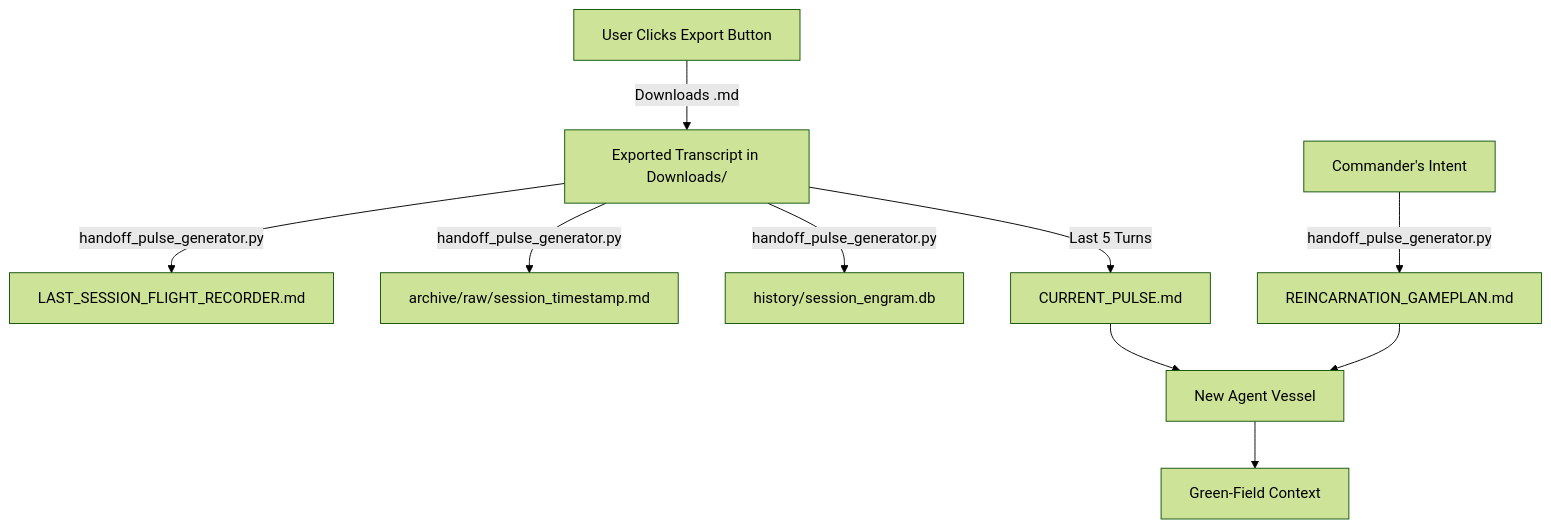
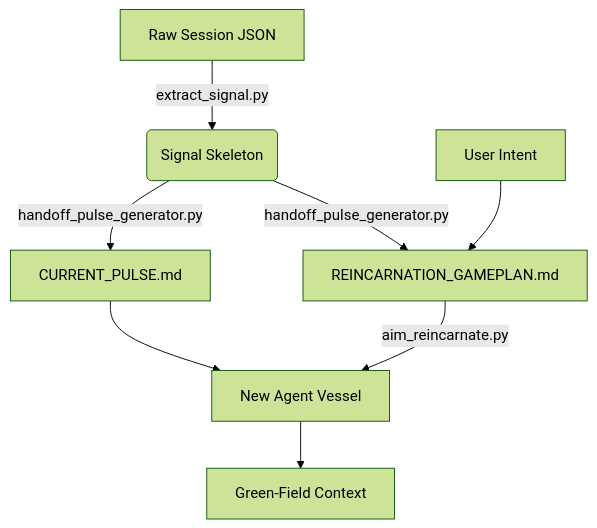
The diagram in antigravity.wiki/Reincarnation-Map.md (BrianV1981/aim-antigravity), drawn with Mermaid (forest theme) before and after one commit. The commit also changed other lines of this file and 44 other files, not shown here.

````diff
--- a/antigravity.wiki/Reincarnation-Map.md
+++ b/antigravity.wiki/Reincarnation-Map.md
@@ -56,12 +49,10 @@
 ```mermaid
 graph TD
-    A[User Clicks Export Button] -->|Downloads .md| B[Exported Transcript in Downloads/]
-    B -->|handoff_pulse_generator.py| C[LAST_SESSION_FLIGHT_RECORDER.md]
-    B -->|handoff_pulse_generator.py| D[archive/raw/session_timestamp.md]
-    B -->|handoff_pulse_generator.py| E[history/session_engram.db]
-    B -->|Last 5 Turns| F[CURRENT_PULSE.md]
-    G[Commander's Intent] -->|handoff_pulse_generator.py| H[REINCARNATION_GAMEPLAN.md]
-    H --> I[New Agent Vessel]
-    F --> I
-    I --> J[Green-Field Context]
+    A[Raw Session JSON] -->|extract_signal.py| B(Signal Skeleton)
+    B -->|handoff_pulse_generator.py| C[REINCARNATION_GAMEPLAN.md]
+    B -->|handoff_pulse_generator.py| D[CURRENT_PULSE.md]
+    E[User Intent] --> C
+    C -->|aim_reincarnate.py| F[New Agent Vessel]
+    D --> F
+    F --> G[Green-Field Context]
 ```
````
